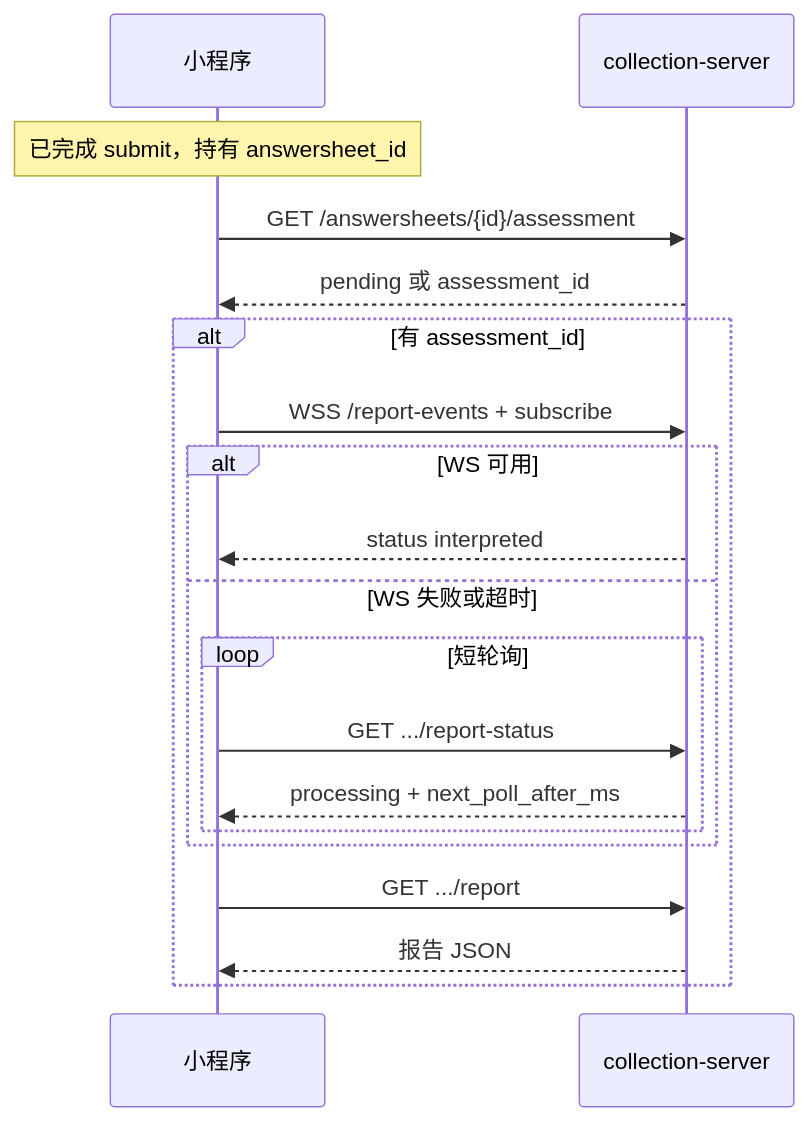
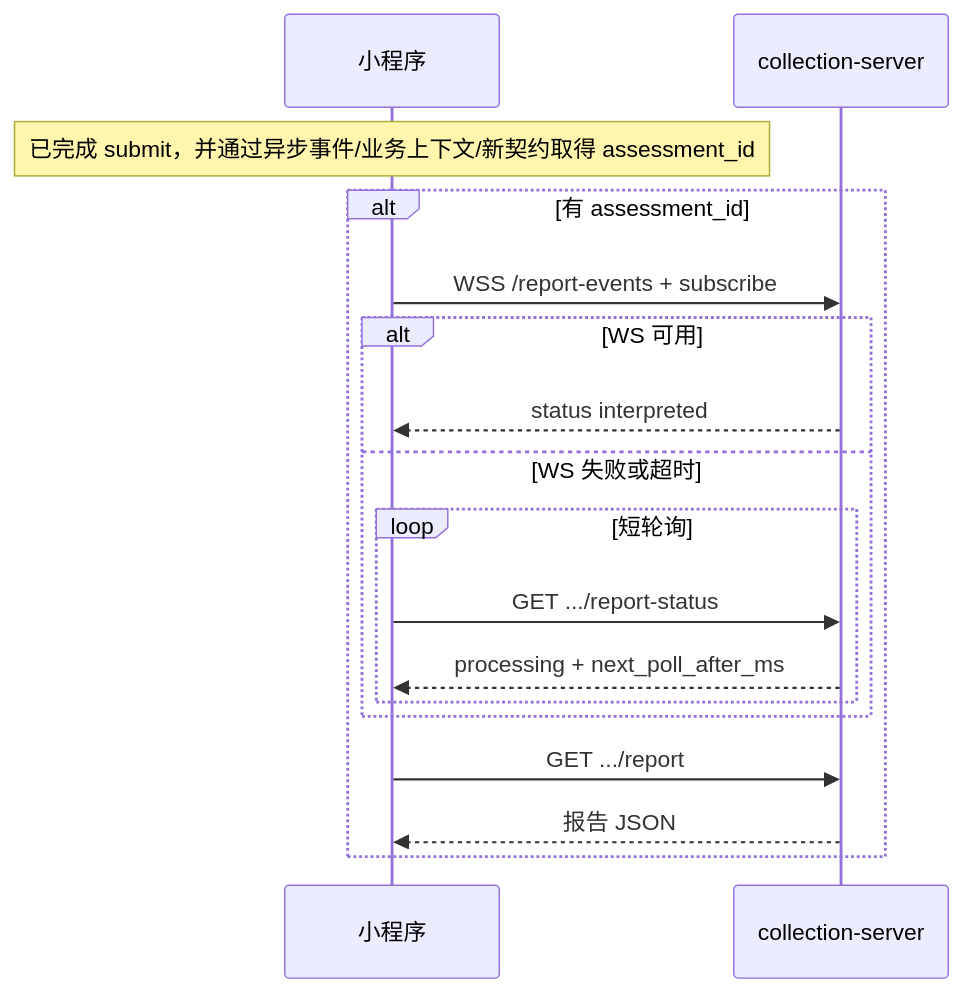
Before and after one commit to FangcunMount/qs-server: the diagram in docs/04-接口与运维/12-小程序报告等待接入指南.md, drawn with Mermaid. The commit also changed other lines of this file and 22 other files, not shown here.

````diff
--- a/docs/04-接口与运维/12-小程序报告等待接入指南.md
+++ b/docs/04-接口与运维/12-小程序报告等待接入指南.md
@@ -253,24 +253,21 @@
 ```mermaid
 sequenceDiagram
     participant MP as 小程序
     participant CS as collection-server
 
-    Note over MP: 已完成 submit，持有 answersheet_id
-
-    MP->>CS: GET /answersheets/{id}/assessment
-    CS-->>MP: pending 或 assessment_id
+    Note over MP: 已完成 submit，并通过异步事件/业务上下文/新契约取得 assessment_id
 
     alt 有 assessment_id
         MP->>CS: WSS /report-events + subscribe
         alt WS 可用
             CS-->>MP: status interpreted
         else WS 失败或超时
             loop 短轮询
                 MP->>CS: GET .../report-status
                 CS-->>MP: processing + next_poll_after_ms
             end
         end
         MP->>CS: GET .../report
         CS-->>MP: 报告 JSON
     end
 ```
````
